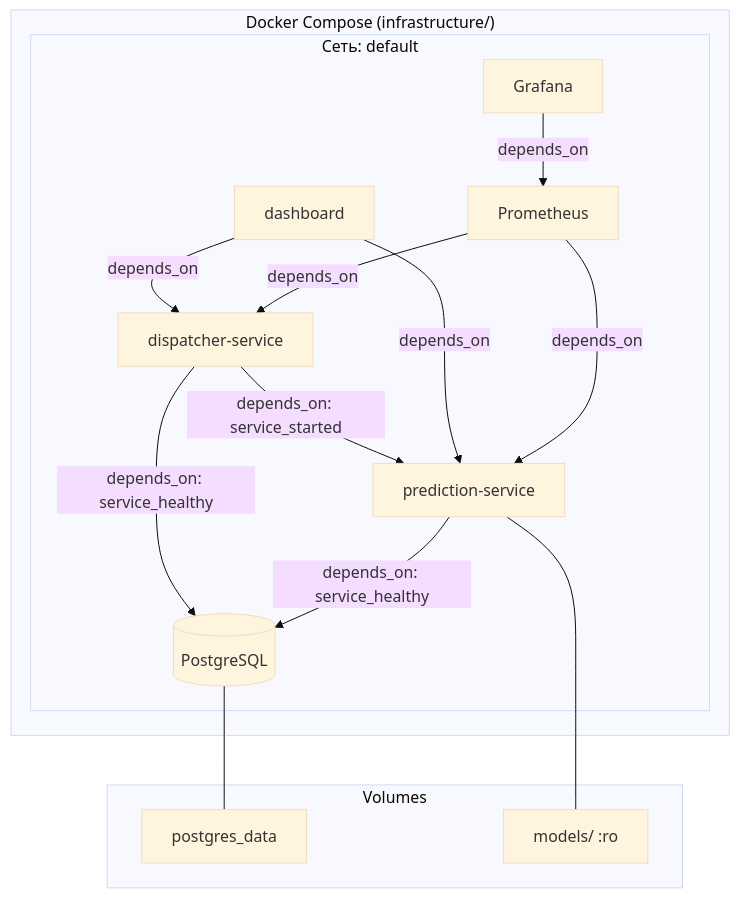
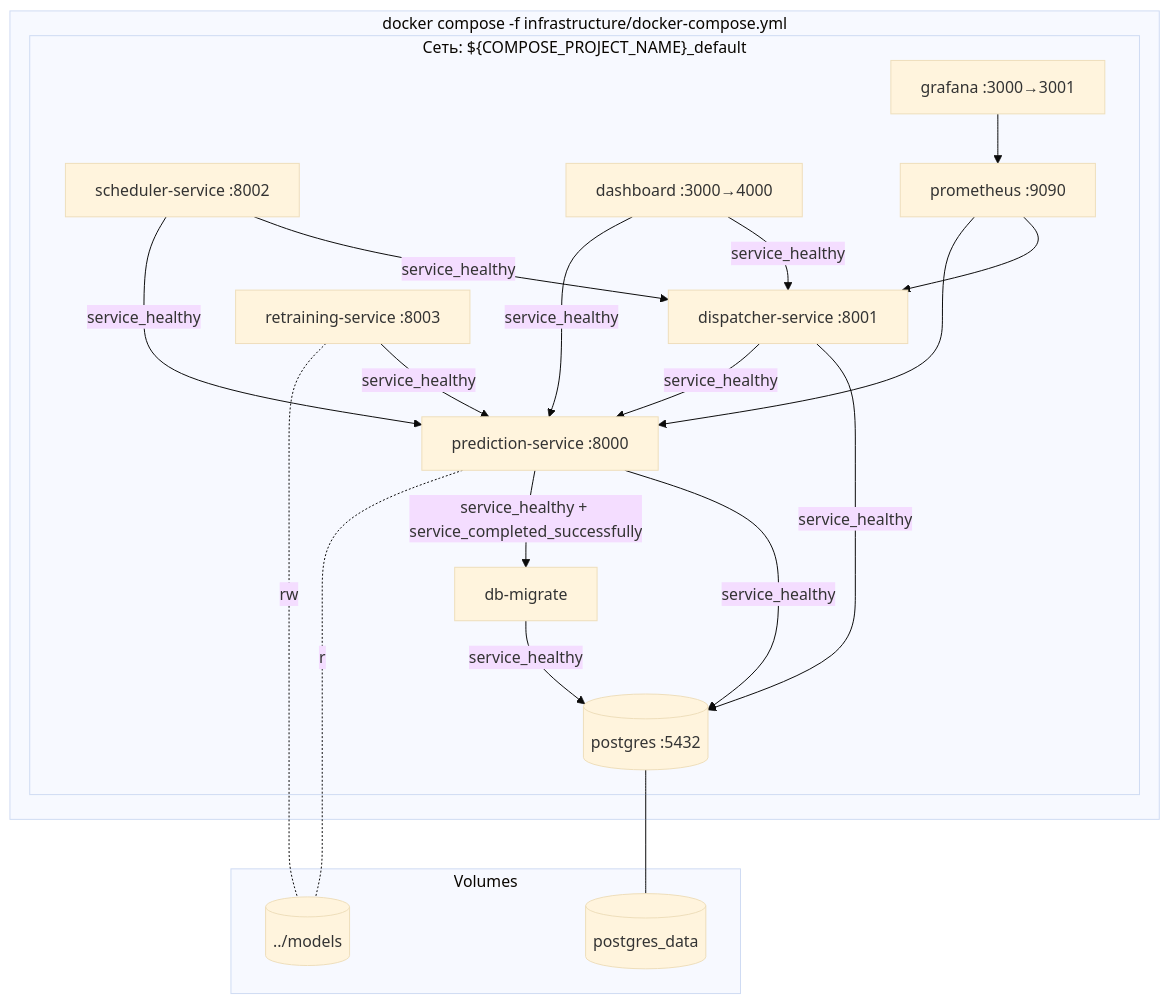
The second of 2 diagrams in docs/architecture.md (kxddry/WildHack), drawn with Mermaid (base theme) before and after one commit. The commit also changed other lines of this file and 4 other files, not shown here.

First line of the commit message:
docs: refresh README and docs/ for four-service MLOps architecture

````diff
--- a/docs/architecture.md
+++ b/docs/architecture.md
@@ -245,30 +363,39 @@
 ```mermaid
 graph TB
-    subgraph "Docker Compose (infrastructure/)"
-        subgraph "Сеть: default"
-            PS[prediction-service]
-            DS[dispatcher-service]
-            DASH[dashboard]
-            PG[(PostgreSQL)]
-            PROM[Prometheus]
-            GRAF[Grafana]
+    subgraph "docker compose -f infrastructure/docker-compose.yml"
+        subgraph "Сеть: ${COMPOSE_PROJECT_NAME}_default"
+            PG[(postgres :5432)]
+            MIG[db-migrate]
+            PS[prediction-service :8000]
+            DS[dispatcher-service :8001]
+            SS[scheduler-service :8002]
+            RS[retraining-service :8003]
+            DASH[dashboard :3000→4000]
+            PROM[prometheus :9090]
+            GRAF[grafana :3000→3001]
         end
     end
 
     subgraph "Volumes"
-        V1[postgres_data]
-        V2[models/ :ro]
+        V1[(postgres_data)]
+        V2[(../models)]
     end
 
     PG --- V1
-    PS --- V2
+    PS -.ro.- V2
+    RS -.rw.- V2
 
-    DS -->|depends_on: service_healthy| PG
-    DS -->|depends_on: service_started| PS
-    PS -->|depends_on: service_healthy| PG
-    DASH -->|depends_on| PS
-    DASH -->|depends_on| DS
-    PROM -->|depends_on| PS
-    PROM -->|depends_on| DS
-    GRAF -->|depends_on| PROM
+    MIG -->|service_healthy| PG
+    PS -->|service_healthy + service_completed_successfully| MIG
+    PS -->|service_healthy| PG
+    DS -->|service_healthy| PS
+    DS -->|service_healthy| PG
+    SS -->|service_healthy| PS
+    SS -->|service_healthy| DS
+    RS -->|service_healthy| PS
+    DASH -->|service_healthy| PS
+    DASH -->|service_healthy| DS
+    PROM --> PS
+    PROM --> DS
+    GRAF --> PROM
 ```
````
